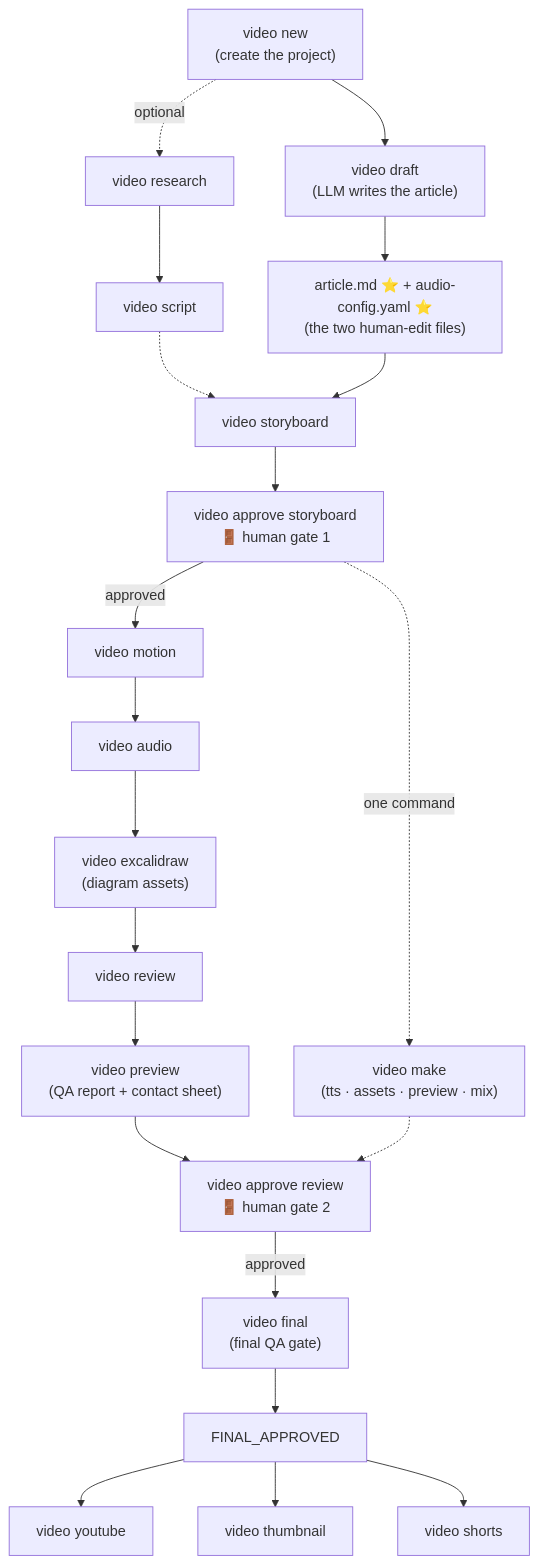
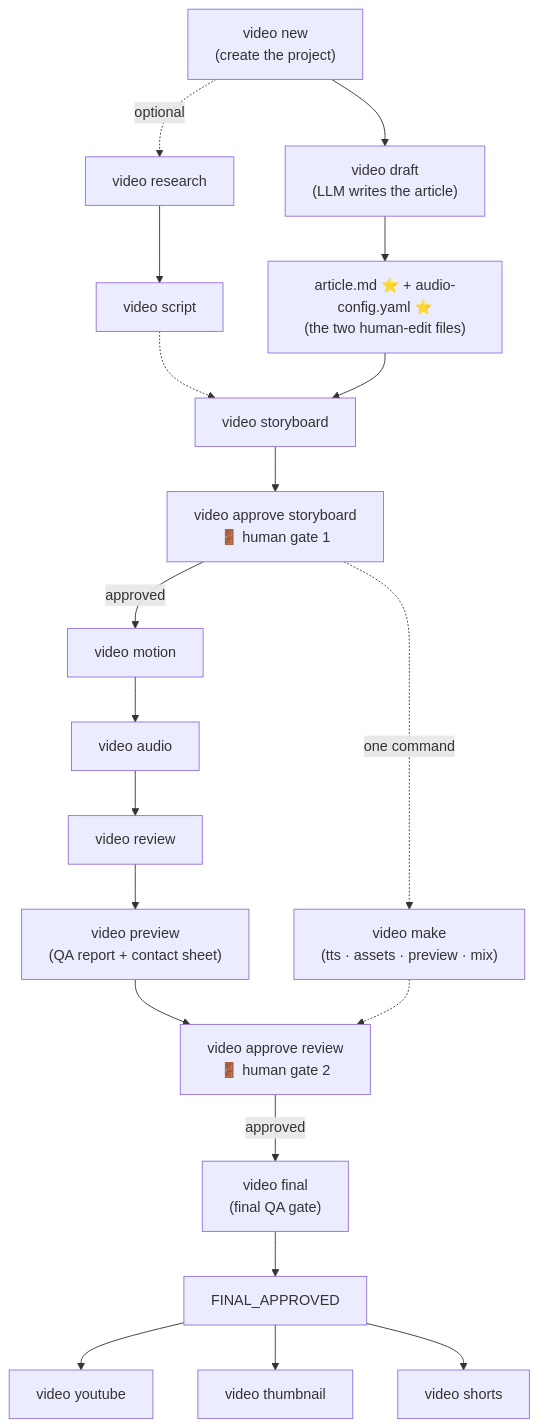
One commit to huangjien/ai-video-factory changed the first of 2 diagrams in docs/architecture.md. Above: the diagram before and after it, drawn with Mermaid. The commit also changed other lines of this file and 62 other files, not shown here.

````diff
--- a/docs/architecture.md
+++ b/docs/architecture.md
@@ -46,23 +46,22 @@
 ```mermaid
 flowchart TD
     videoNew["video new<br/>(create the project)"] --> videoDraft["video draft<br/>(LLM writes the article)"]
     videoNew -.->|"optional"| videoResearch["video research"]
     videoResearch --> videoScript["video script"]
     videoDraft --> humanFiles["article.md ⭐ + audio-config.yaml ⭐<br/>(the two human-edit files)"]
     videoScript -.-> videoStoryboard
     humanFiles --> videoStoryboard["video storyboard"]
     videoStoryboard --> gate1["video approve storyboard<br/>🚪 human gate 1"]
     gate1 -->|"approved"| videoMotion["video motion"]
     videoMotion --> videoAudio["video audio"]
-    videoAudio --> videoExcalidraw["video excalidraw<br/>(diagram assets)"]
-    videoExcalidraw --> videoReview["video review"]
+    videoAudio --> videoReview["video review"]
     videoReview --> videoPreview["video preview<br/>(QA report + contact sheet)"]
     videoPreview --> gate2["video approve review<br/>🚪 human gate 2"]
     gate2 -->|"approved"| videoFinal["video final<br/>(final QA gate)"]
     videoFinal --> finalApproved["FINAL_APPROVED"]
     finalApproved --> videoYoutube["video youtube"]
     finalApproved --> videoThumbnail["video thumbnail"]
     finalApproved --> videoShorts["video shorts"]
     gate1 -.->|"one command"| videoMake["video make<br/>(tts · assets · preview · mix)"]
     videoMake -.-> gate2
 ```
````
